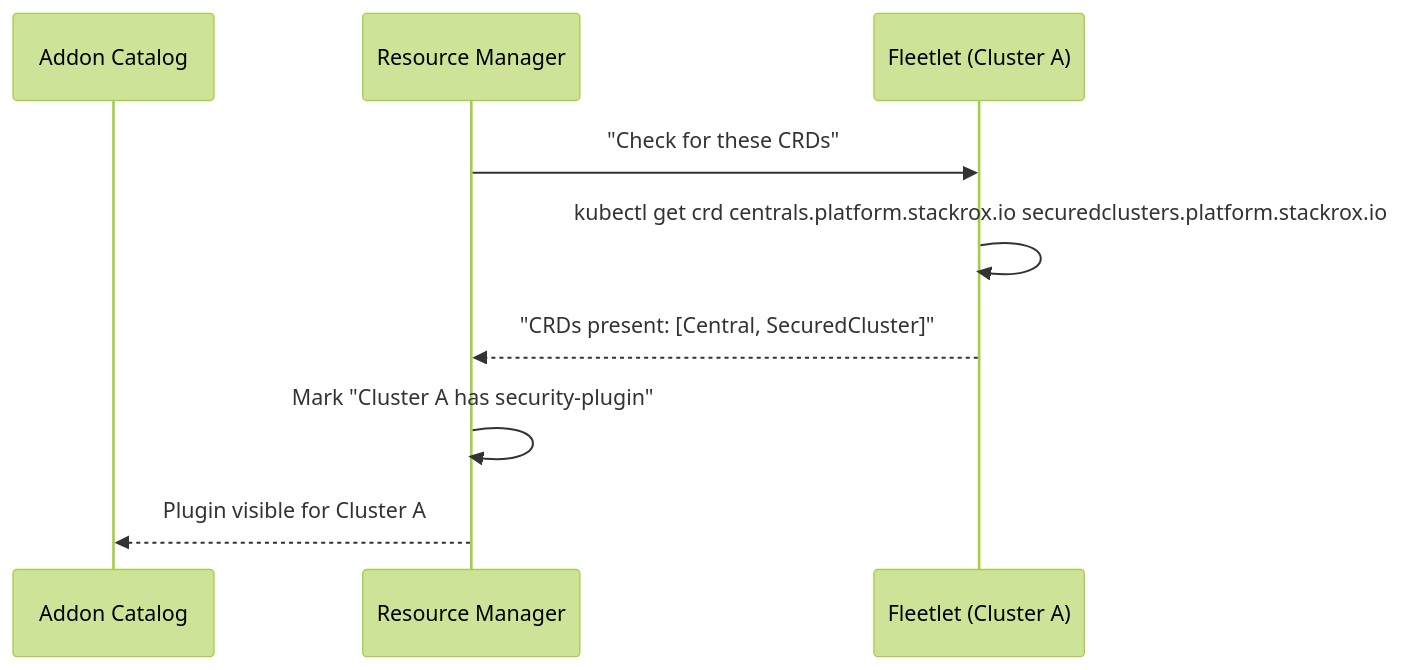
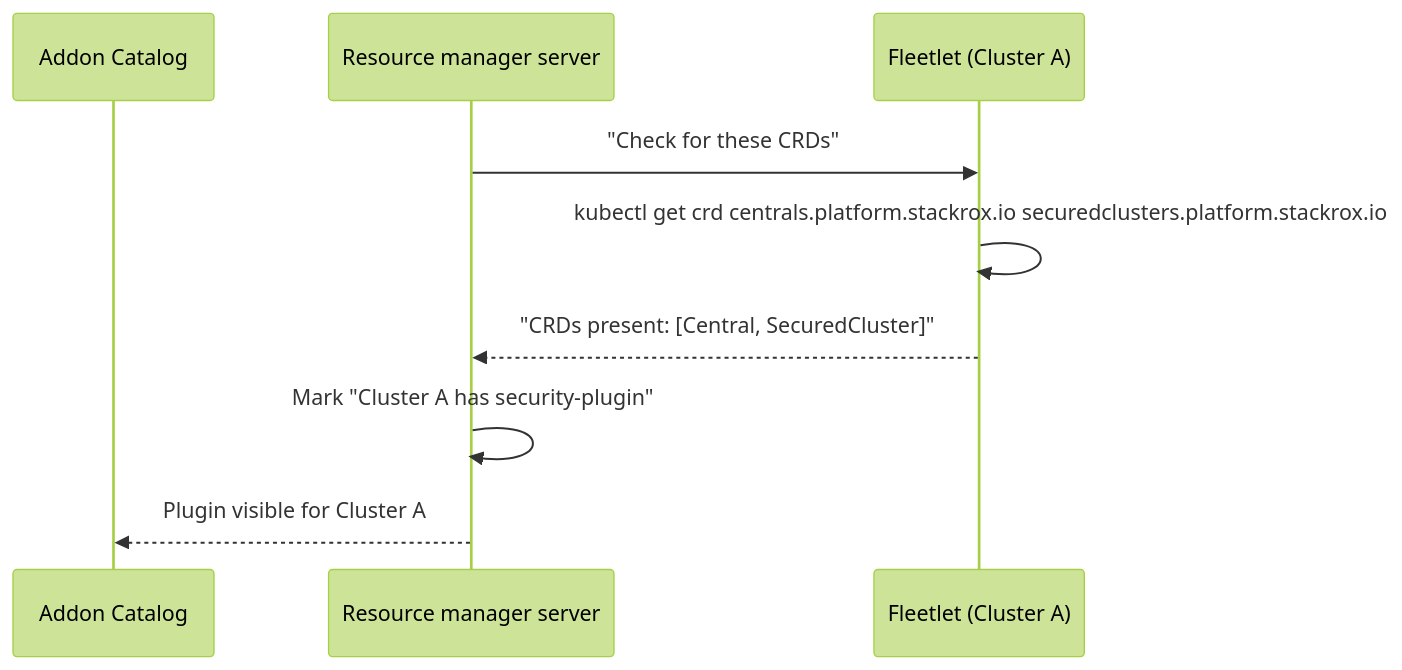
Before and after one commit to fleetshift/fleetshift-poc: the tenth of 11 diagrams in docs/design/addon-ui-architecture.md, drawn with Mermaid (forest theme). The commit also changed other lines of this file and 139 other files, not shown here.

Commit message:
Clarify platform, architecture, and resource manager terminology

````diff
--- a/docs/design/addon-ui-architecture.md
+++ b/docs/design/addon-ui-architecture.md
@@ -745,12 +745,12 @@
 ```mermaid
 sequenceDiagram
     participant Catalog as Addon Catalog
-    participant RM as Resource Manager
+    participant RM as Resource manager server
     participant Fleetlet as Fleetlet (Cluster A)
 
     RM->>Fleetlet: "Check for these CRDs"
     Fleetlet->>Fleetlet: kubectl get crd centrals.platform.stackrox.io securedclusters.platform.stackrox.io
     Fleetlet-->>RM: "CRDs present: [Central, SecuredCluster]"
     RM->>RM: Mark "Cluster A has security-plugin"
     RM-->>Catalog: Plugin visible for Cluster A
 ```
````
